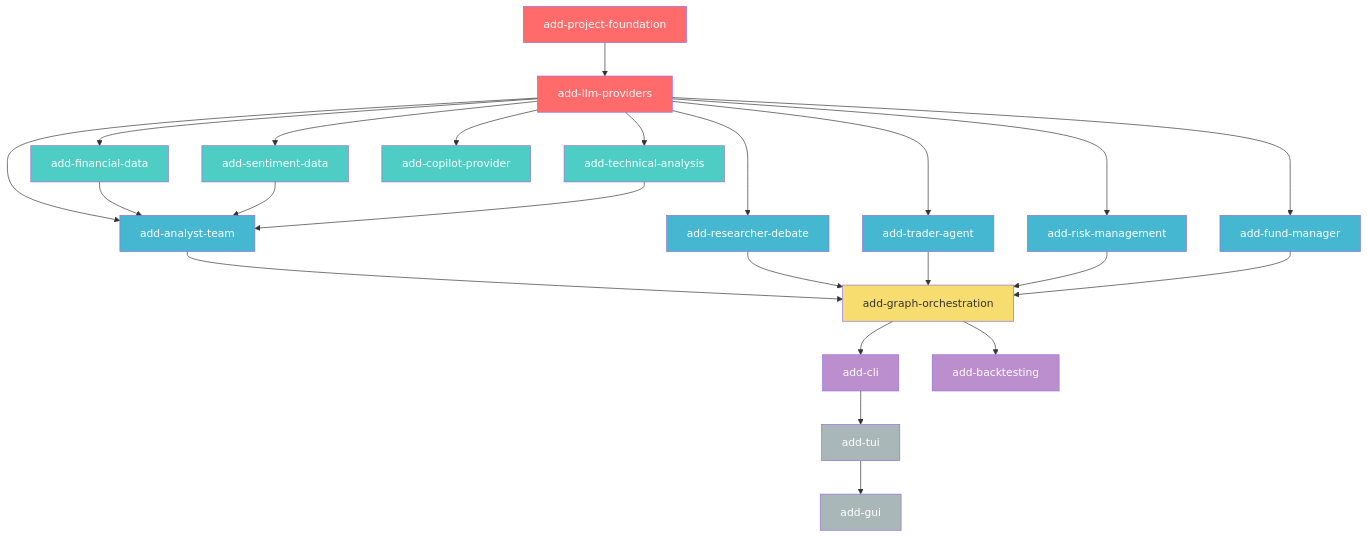
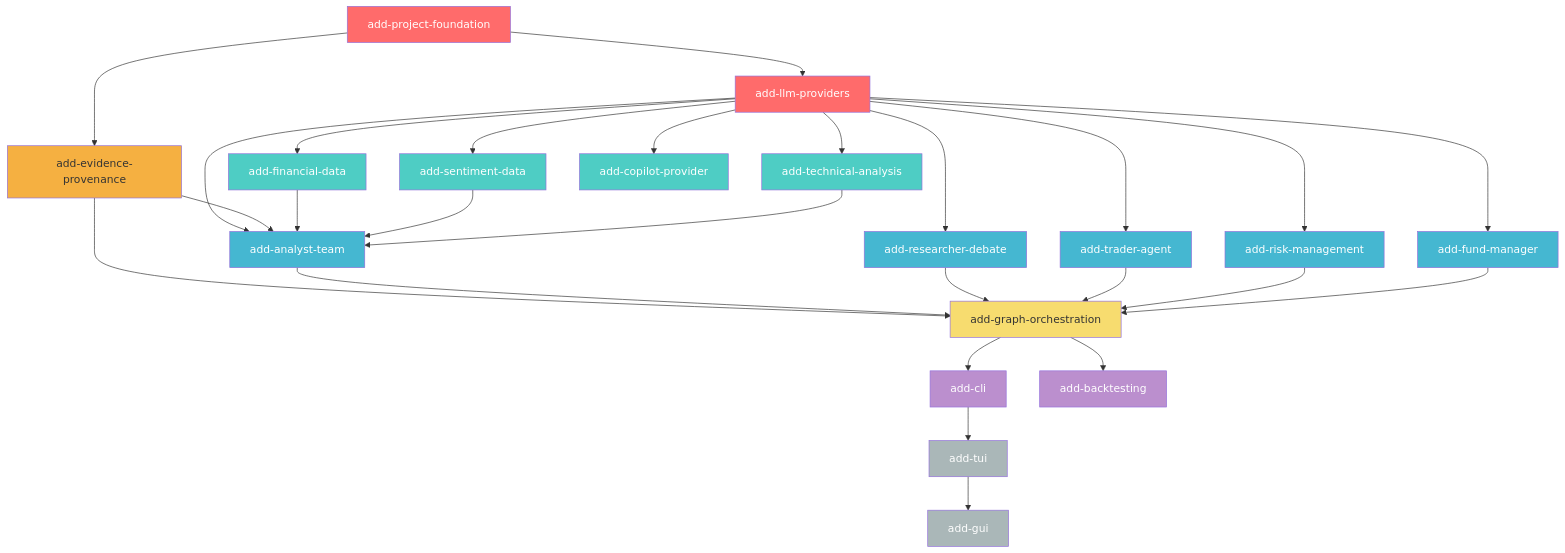
The diagram in docs/architect-plan.md (BigtoC/scorpio-analyst), drawn with Mermaid before and after one commit. The commit also changed other lines of this file and 1 other file, not shown here.

Commit message:
feat: add evidence and provenance capabilities to analysis workflow

````diff
--- a/docs/architect-plan.md
+++ b/docs/architect-plan.md
@@ -131,45 +138,49 @@
 ```mermaid
 graph TD
     F[add-project-foundation]
     F --> LLM[add-llm-providers]
+    F --> EP[add-evidence-provenance]
 %% After foundation, these spec DOCUMENTS can be written in parallel.
 %% Implementation dependencies shown with solid arrows.
 %% Spec-writing-only dependencies shown with dotted arrows.
     LLM --> FD[add-financial-data]
     LLM --> SD[add-sentiment-data]
     LLM --> TA[add-technical-analysis]
     LLM --> CP[add-copilot-provider]
     LLM --> AT[add-analyst-team]
     LLM --> RD[add-researcher-debate]
     LLM --> TR[add-trader-agent]
     LLM --> RM[add-risk-management]
     LLM --> FM[add-fund-manager]
+    EP --> AT
+    EP --> GO
     FD --> AT
     SD --> AT
     TA --> AT
     AT --> GO[add-graph-orchestration]
     RD --> GO
     TR --> GO
     RM --> GO
     FM --> GO
     GO --> CLI[add-cli]
     GO --> BT[add-backtesting]
     CLI --> TUI[add-tui]
     TUI --> GUI[add-gui]
     style F fill: #ff6b6b, color: #fff
     style LLM fill: #ff6b6b, color: #fff
+    style EP fill: #f5b041, color: #333
     style FD fill: #4ecdc4, color: #fff
     style SD fill: #4ecdc4, color: #fff
     style TA fill: #4ecdc4, color: #fff
     style CP fill: #4ecdc4, color: #fff
     style AT fill: #45b7d1, color: #fff
     style RD fill: #45b7d1, color: #fff
     style TR fill: #45b7d1, color: #fff
     style RM fill: #45b7d1, color: #fff
     style FM fill: #45b7d1, color: #fff
     style GO fill: #f7dc6f, color: #333
     style CLI fill: #bb8fce, color: #fff
     style BT fill: #bb8fce, color: #fff
     style TUI fill: #aab7b8, color: #fff
     style GUI fill: #aab7b8, color: #fff
 ```
````
